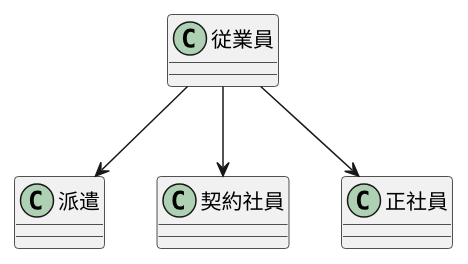
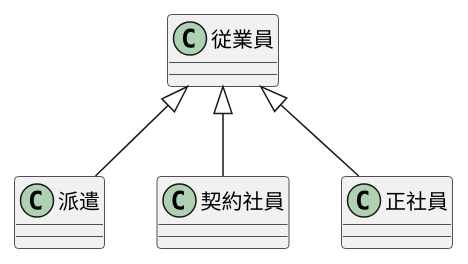
Before and after one commit to IshikawaMasato/uml-introduction: the diagram in 演習3-1_CL_雇用形態.pu, drawn with PlantUML.

Commit message:
演習３－１の修正

```diff
--- a/演習3-1_CL_雇用形態.pu
+++ b/演習3-1_CL_雇用形態.pu
@@ -1,18 +1,18 @@
 @startuml 演習３－１
 class 派遣{
 
 }
 class 契約社員{
 
 }
 class 正社員{
 
 }
 class 従業員{
 
 }
-従業員-->派遣
-従業員-->契約社員
-従業員-->正社員
+従業員<|--派遣
+従業員<|--契約社員
+従業員<|--正社員
 
 @enduml
```
